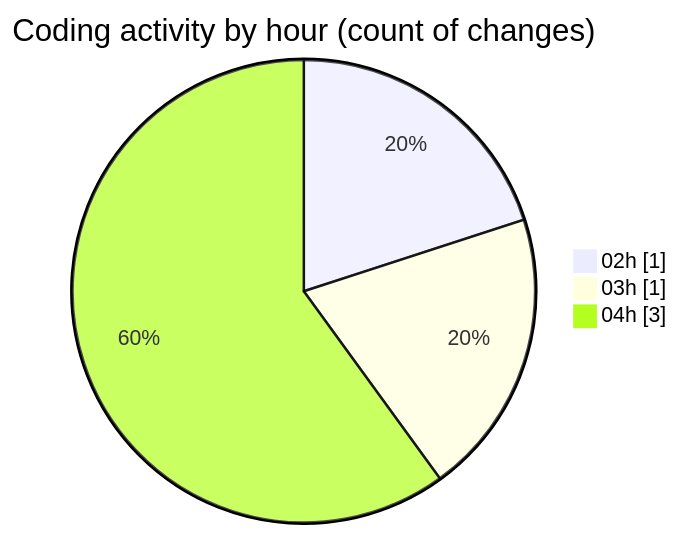
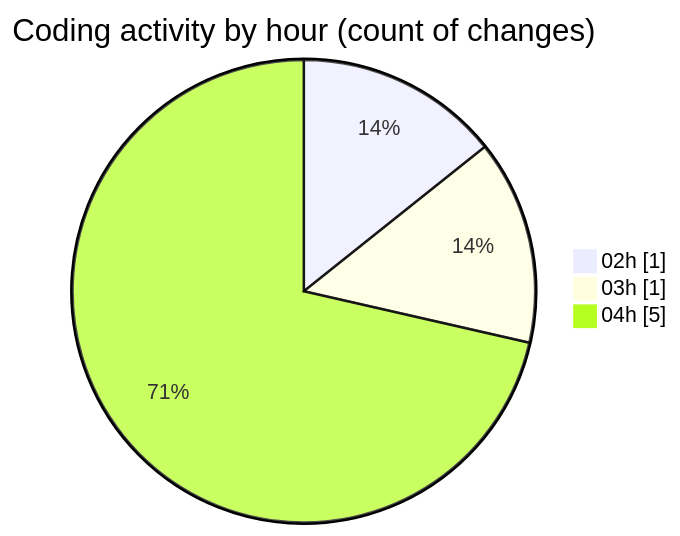
The second of 2 diagrams in 2025-10-31/cdp_aleoudev_fr__workspace_/README.md (julien-gomy/code-tracking), drawn with Mermaid before and after one commit. The commit also changed other lines of this file and 1 other file, not shown here.

````diff
--- a/2025-10-31/cdp_aleoudev_fr__workspace_/README.md
+++ b/2025-10-31/cdp_aleoudev_fr__workspace_/README.md
@@ -29,7 +29,7 @@
 ```mermaid
 pie showData
 title Coding activity by hour (count of changes)
 "02h" : 1
 "03h" : 1
-"04h" : 3
+"04h" : 5
 ```
````
